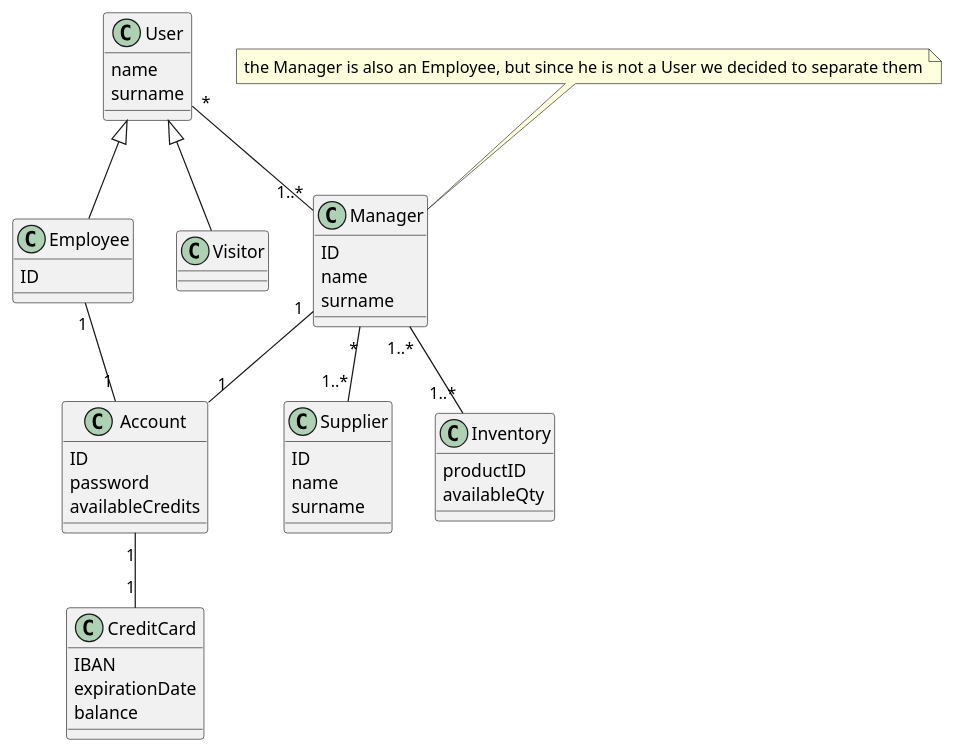
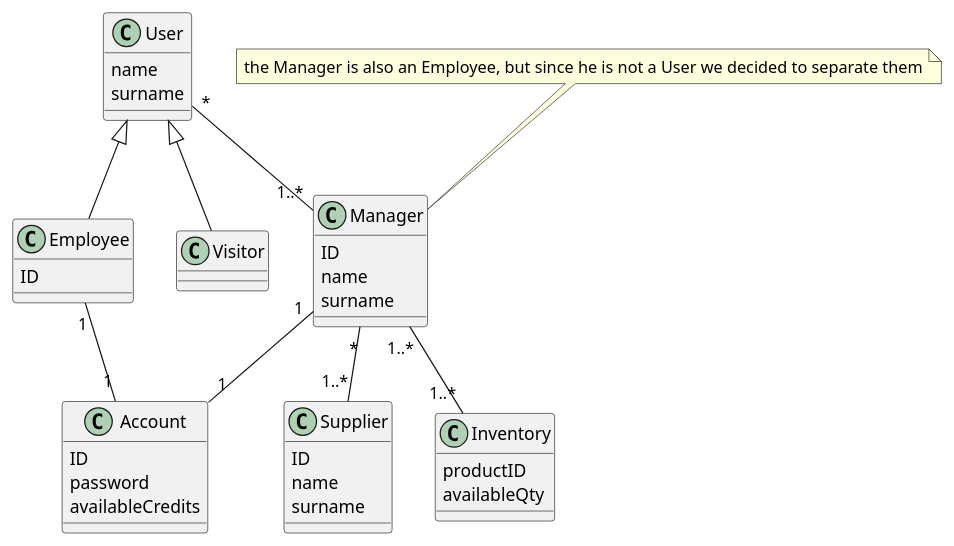
The third of 4 diagrams in templates/RequirementsTemplate.md (SimoneDutto/LaTazza), drawn with PlantUML before and after one commit. The commit also changed other lines of this file, not shown here.

First line of the commit message:
Revert "Fix issues in requirements regarding users account"

````diff
--- a/templates/RequirementsTemplate.md
+++ b/templates/RequirementsTemplate.md
@@ -247,56 +241,49 @@
 ```plantuml
 
 class Employee{
   ID
 }
 
 class Manager{
   ID
   name
   surname
 }
 
 class User{
   name
   surname
 }
 
 class Visitor{
 }
 
 class Supplier{
   ID
   name
   surname
 }
 
 class Account{
   ID
   password
   availableCredits
 }
 
-class CreditCard{
-  IBAN
-  expirationDate
-  balance
-}
-
 class Inventory{
   productID
   availableQty
 }
 
 User <|-- Employee
 User <|-- Visitor
 User "*" -- "1..*" Manager
 Employee "1"--"1" Account
-Account "1"-- "1" CreditCard
 Manager "1..*"--"1..*" Inventory
 Manager "*"--"1..*" Supplier
 Manager "1"--"1" Account
 
 note "the Manager is also an Employee, but since he is not a User we decided to separate them" as n
 n -- Manager
 
 ```
````
